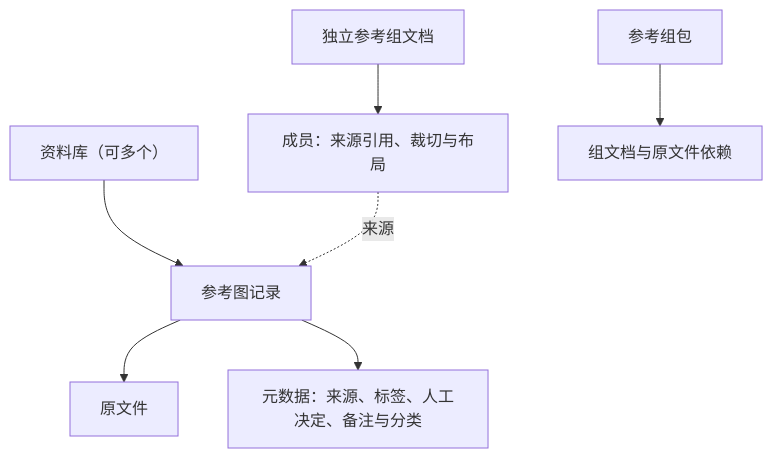
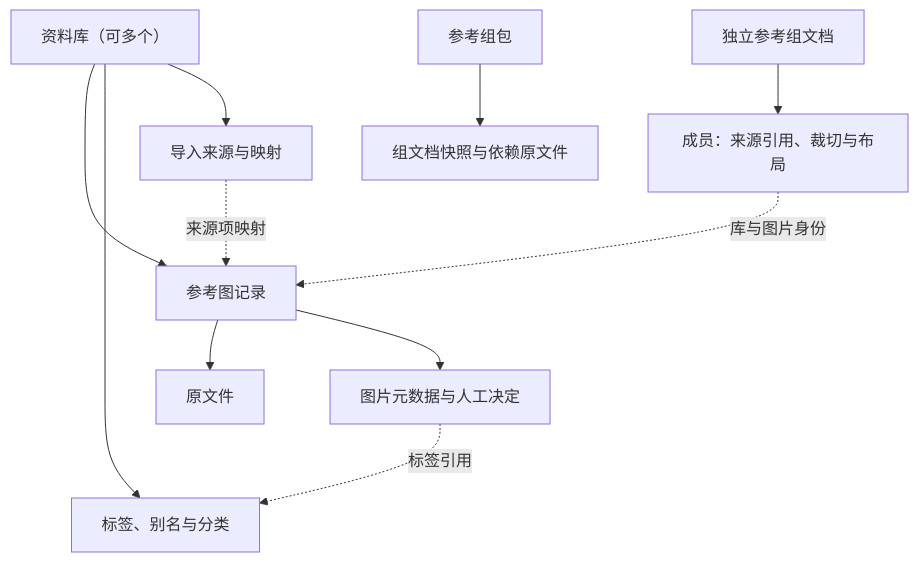
One commit to Yukk1No/kinshoko changed the diagram in docs/discovery/data-hierarchy.md. Above: the diagram before and after it, drawn with Mermaid. The commit also changed other lines of this file and 3 other files, not shown here.

````diff
--- a/docs/discovery/data-hierarchy.md
+++ b/docs/discovery/data-hierarchy.md
@@ -9,9 +9,13 @@
 ```mermaid
 flowchart TB
     L["资料库（可多个）"] --> I["参考图记录"]
+    L --> T["标签、别名与分类"]
+    L --> S["导入来源与映射"]
     I --> O["原文件"]
-    I --> M["元数据：来源、标签、人工决定、备注与分类"]
+    I --> M["图片元数据与人工决定"]
+    M -. 标签引用 .-> T
+    S -. 来源项映射 .-> I
     G["独立参考组文档"] --> V["成员：来源引用、裁切与布局"]
-    V -. 来源 .-> I
-    P["参考组包"] --> D["组文档与原文件依赖"]
+    V -. 库与图片身份 .-> I
+    P["参考组包"] --> D["组文档快照与依赖原文件"]
 ```
````
